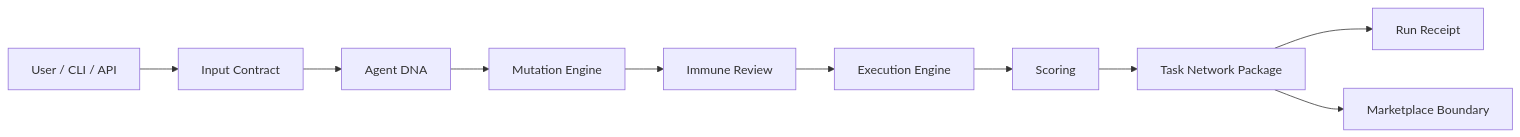
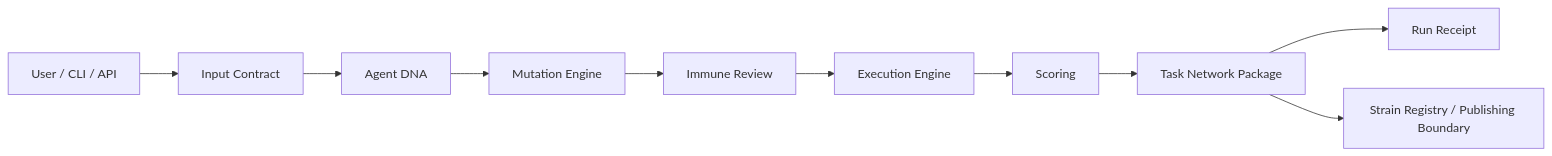
One commit to mmenicah84/virus-protocol changed the first of 3 diagrams in README.md. Above: the diagram before and after it, drawn with Mermaid. The commit also changed other lines of this file and 4 other files, not shown here.

````diff
--- a/README.md
+++ b/README.md
@@ -153,12 +156,12 @@
 ```mermaid
 flowchart LR
   User["User / CLI / API"] --> Contract["Input Contract"]
   Contract --> DNA["Agent DNA"]
   DNA --> Mutation["Mutation Engine"]
   Mutation --> Immunity["Immune Review"]
   Immunity --> Execution["Execution Engine"]
   Execution --> Scoring["Scoring"]
   Scoring --> Package["Task Network Package"]
   Package --> Receipt["Run Receipt"]
-  Package --> Marketplace["Marketplace Boundary"]
+  Package --> Registry["Strain Registry / Publishing Boundary"]
 ```
````
